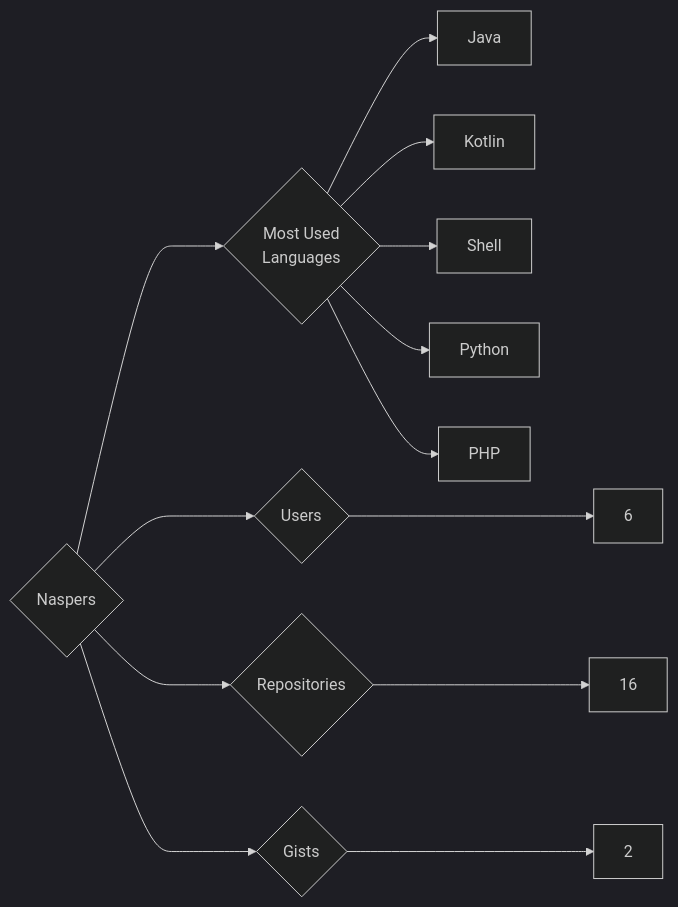
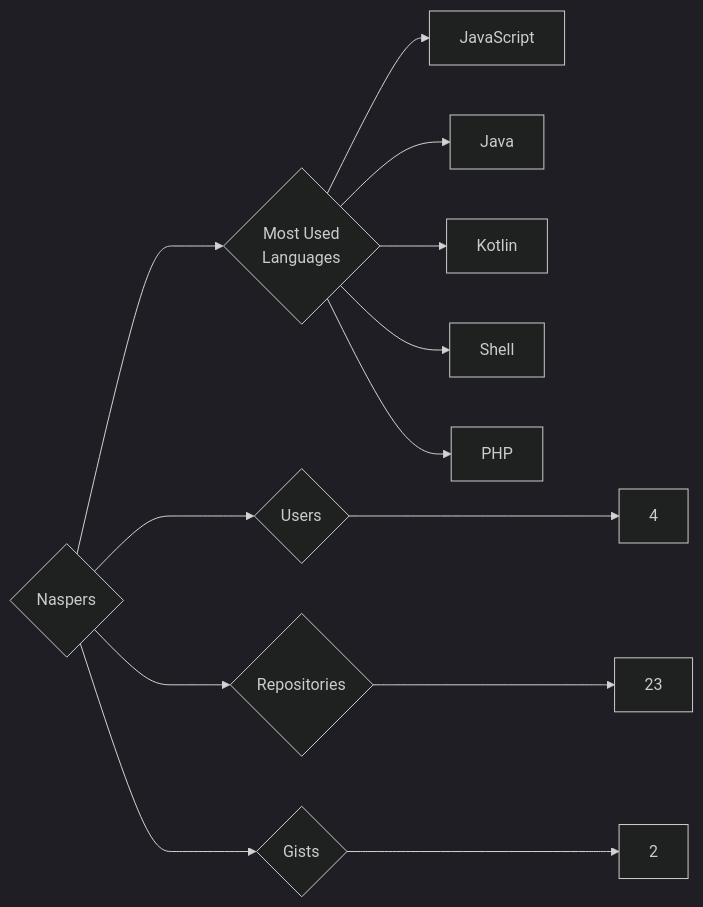
One commit to trickest/insiders changed the diagram in targets/Naspers/README.md. Above: the diagram before and after it, drawn with Mermaid (dark theme). The commit also changed 964 other files, not shown here.

````diff
--- a/targets/Naspers/README.md
+++ b/targets/Naspers/README.md
@@ -3,13 +3,13 @@
 ```mermaid
 graph LR
 COMPANY_NAME{Naspers}
-COMPANY_NAME ---> U{Users} ---> UN[6]
-COMPANY_NAME ---> R{Repositories} ---> RN[16]
+COMPANY_NAME ---> U{Users} ---> UN[4]
+COMPANY_NAME ---> R{Repositories} ---> RN[23]
 COMPANY_NAME ---> G{Gists} ---> GN[2]
 COMPANY_NAME ---> ML{Most Used<br>Languages}
+ML --> JavaScript[JavaScript]
 ML --> Java[Java]
 ML --> Kotlin[Kotlin]
 ML --> Shell[Shell]
-ML --> Python[Python]
 ML --> PHP[PHP]
 ```
````
